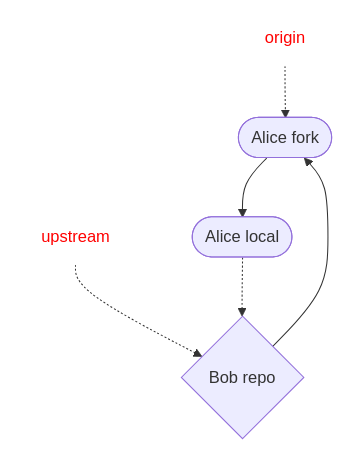
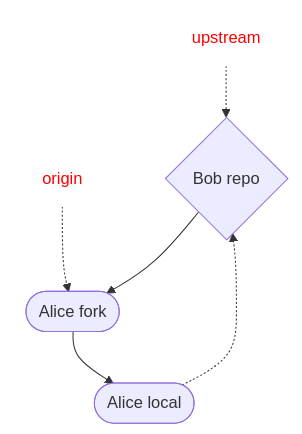
Before and after one commit to hpc2n/course-intro-git: the first of 3 diagrams in docs/remotes.md, drawn with Mermaid.

Commit message:
Trying to fix the diamong shape in the diagram

````diff
--- a/docs/remotes.md
+++ b/docs/remotes.md
@@ -91,19 +91,19 @@
 ```mermaid
 graph TD
 
+  bob{"Bob repo"}
   origin["origin"]
   style origin fill:#ffffff,stroke:#ffffff,color:#ff0000
   upstream["upstream"]
   style upstream fill:#ffffff,stroke:#ffffff,color:#ff0000
- 
-  bob{"Bob repo"}
+  upstream -.-> bob 
+  origin -.-> alicef
+
   alicef(["Alice fork"])
   alicel(["Alice local"])
   
-  upstream -.-> bob
   bob --> alicef
-  origin -.-> alicef
 
   alicef --> alicel
   alicel -.-> bob
 ```
````
